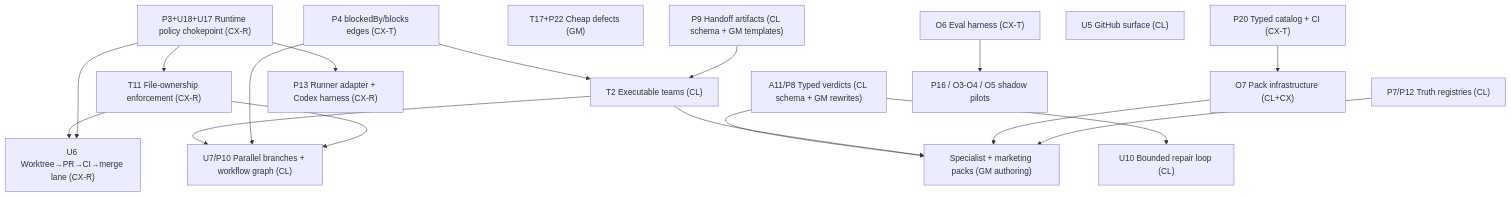
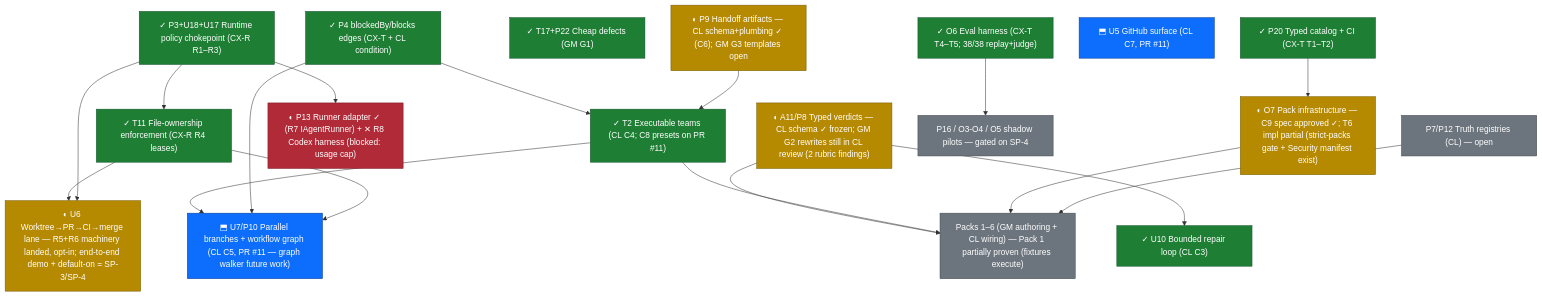
Before and after one commit to FoodBreakPedro/GigaClaw: the diagram in doc/roadmap/index.md, drawn with Mermaid. The commit also changed other lines of this file, not shown here.

Commit message:
docs(roadmap): regenerate the dependency graph with per-node status as of 2026-08-01

````diff
--- a/doc/roadmap/index.md
+++ b/doc/roadmap/index.md
@@ -99,36 +101,42 @@
 ```mermaid
 flowchart TD
-    P3["P3+U18+U17 Runtime policy chokepoint (CX-R)"]
-    P20["P20 Typed catalog + CI (CX-T)"]
-    QF["T17+P22 Cheap defects (GM)"]
-    A11["A11/P8 Typed verdicts (CL schema + GM rewrites)"]
-    U10["U10 Bounded repair loop (CL)"]
-    O6["O6 Eval harness (CX-T)"]
-    P4["P4 blockedBy/blocks edges (CX-T)"]
-    T2["T2 Executable teams (CL)"]
-    T11["T11 File-ownership enforcement (CX-R)"]
-    U7["U7/P10 Parallel branches + workflow graph (CL)"]
-    U6["U6 Worktree→PR→CI→merge lane (CX-R)"]
-    P13["P13 Runner adapter + Codex harness (CX-R)"]
-    U5["U5 GitHub surface (CL)"]
-    P9["P9 Handoff artifacts (CL schema + GM templates)"]
-    O7["O7 Pack infrastructure (CL+CX)"]
-    PACKS["Specialist + marketing packs (GM authoring)"]
-    P7["P7/P12 Truth registries (CL)"]
-    PILOTS["P16 / O3-O4 / O5 shadow pilots"]
+    P3["✓ P3+U18+U17 Runtime policy chokepoint (CX-R R1–R3)"]:::done
+    P20["✓ P20 Typed catalog + CI (CX-T T1–T2)"]:::done
+    QF["✓ T17+P22 Cheap defects (GM G1)"]:::done
+    A11["◐ A11/P8 Typed verdicts — CL schema ✓ frozen; GM G2 rewrites still in CL review (2 rubric findings)"]:::partial
+    U10["✓ U10 Bounded repair loop (CL C3)"]:::done
+    O6["✓ O6 Eval harness (CX-T T4–T5; 38/38 replay+judge)"]:::done
+    P4["✓ P4 blockedBy/blocks edges (CX-T + CL condition)"]:::done
+    T2["✓ T2 Executable teams (CL C4; C8 presets on PR #11)"]:::done
+    T11["✓ T11 File-ownership enforcement (CX-R R4 leases)"]:::done
+    U7["⬒ U7/P10 Parallel branches + workflow graph (CL C5, PR #11 — graph walker future work)"]:::pr
+    U6["◐ U6 Worktree→PR→CI→merge lane — R5+R6 machinery landed, opt-in; end-to-end demo + default-on = SP-3/SP-4"]:::partial
+    P13["◐ P13 Runner adapter ✓ (R7 IAgentRunner) + ✕ R8 Codex harness (blocked: usage cap)"]:::blocked
+    U5["⬒ U5 GitHub surface (CL C7, PR #11)"]:::pr
+    P9["◐ P9 Handoff artifacts — CL schema+plumbing ✓ (C6); GM G3 templates open"]:::partial
+    O7["◐ O7 Pack infrastructure — C9 spec approved ✓; T6 impl partial (strict-packs gate + Security manifest exist)"]:::partial
+    PACKS["Packs 1–6 (GM authoring + CL wiring) — Pack 1 partially proven (fixtures execute)"]:::open
+    P7["P7/P12 Truth registries (CL) — open"]:::open
+    PILOTS["P16 / O3-O4 / O5 shadow pilots — gated on SP-4"]:::open
 
     P3 --> T11 --> U6
     P3 --> U6
     P20 --> O7
     A11 --> U10
     A11 --> PACKS
     O6 --> PILOTS
     P4 --> T2 --> U7
     P4 --> U7
     T11 --> U7
     T2 --> PACKS
     P3 --> P13
     O7 --> PACKS
     P7 --> PACKS
     P9 --> T2
+
+    classDef done fill:#1e7e34,stroke:#14532d,color:#ffffff
+    classDef pr fill:#0d6efd,stroke:#0a3d91,color:#ffffff
+    classDef partial fill:#b58900,stroke:#7a5c00,color:#ffffff
+    classDef blocked fill:#b02a37,stroke:#7a1d26,color:#ffffff
+    classDef open fill:#6c757d,stroke:#43484d,color:#ffffff
 ```
````
